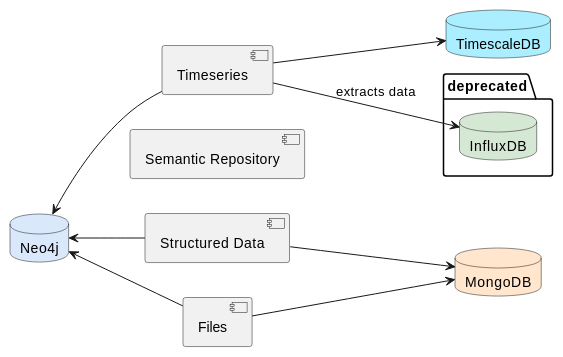
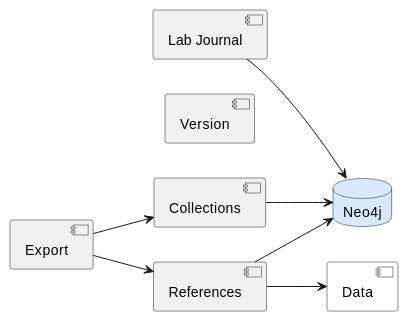
One commit to noheton/shepard changed the fourth of 6 diagrams in architecture/src/05_building_block_view/index.adoc. Above: the diagram before and after it, drawn with PlantUML. The commit also changed other lines of this file and 14 other files, not shown here.

```diff
--- a/architecture/src/05_building_block_view/index.adoc
+++ b/architecture/src/05_building_block_view/index.adoc
@@ -173,31 +187,26 @@
 [plantuml, "{plantUMLDir}level-3-overview", png]
 ----
 @startuml Level 3 Overview
 left to right direction
 
-[Timeseries] as timeseries
-[Structured Data] as structureddata
-[Files] as files
-[Semantic Repository] as semantic
+[Collections] as collections
+[Lab Journal] as labjournal
+[Export] as export
+[References] as references
+[Version] as version
 
-package "deprecated" {
-  database "InfluxDB" as influxdb #D5E8D4
-}
+[Data] as data #white
 
 database "Neo4j" as neo4j #DAE8FC
-database "TimescaleDB" as timescaledb #AAEEFF
-database "MongoDB" as mongodb #FFE6CC
 
-timeseries --> influxdb: extracts data
 
-neo4j <-- timeseries
-neo4j <-- structureddata
-neo4j <-- files
-timeseries --> timescaledb
-structureddata --> mongodb
-files --> mongodb
-
-timeseries -[hidden]> semantic
+collections --> neo4j
+labjournal --> neo4j
+references --> neo4j
+references --> data
+export --> collections
+export --> references
+labjournal -[hidden]> version
 
 @enduml
 ----
```
